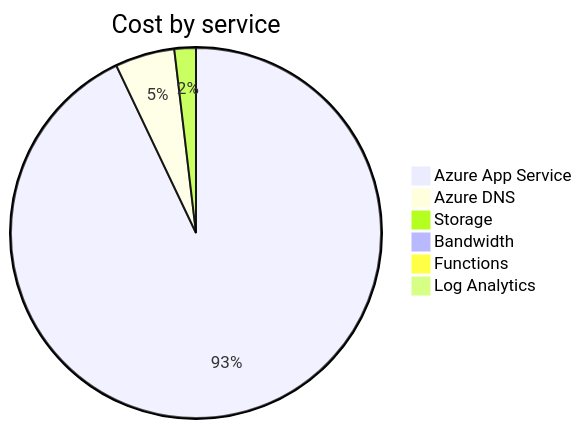
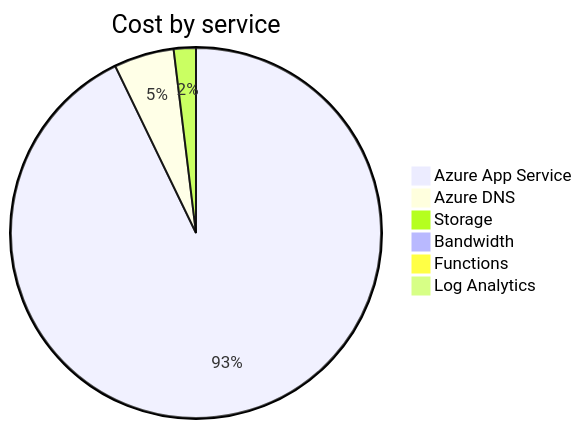
The second of 4 diagrams in cost-reports/accumulated-cost.md (jpfulton/azure-personal-reports), drawn with Mermaid before and after one commit. The commit also changed other lines of this file and 4 other files, not shown here.

````diff
--- a/cost-reports/accumulated-cost.md
+++ b/cost-reports/accumulated-cost.md
@@ -98,10 +98,10 @@
 ```mermaid
 pie
    title Cost by service
-   "Azure App Service" : 6.44
-   "Azure DNS" : 0.36
-   "Storage" : 0.13
+   "Azure App Service" : 6.73
+   "Azure DNS" : 0.38
+   "Storage" : 0.14
    "Bandwidth" : 0.00
    "Functions" : 0.00
    "Log Analytics" : 0.00
 ```
````
